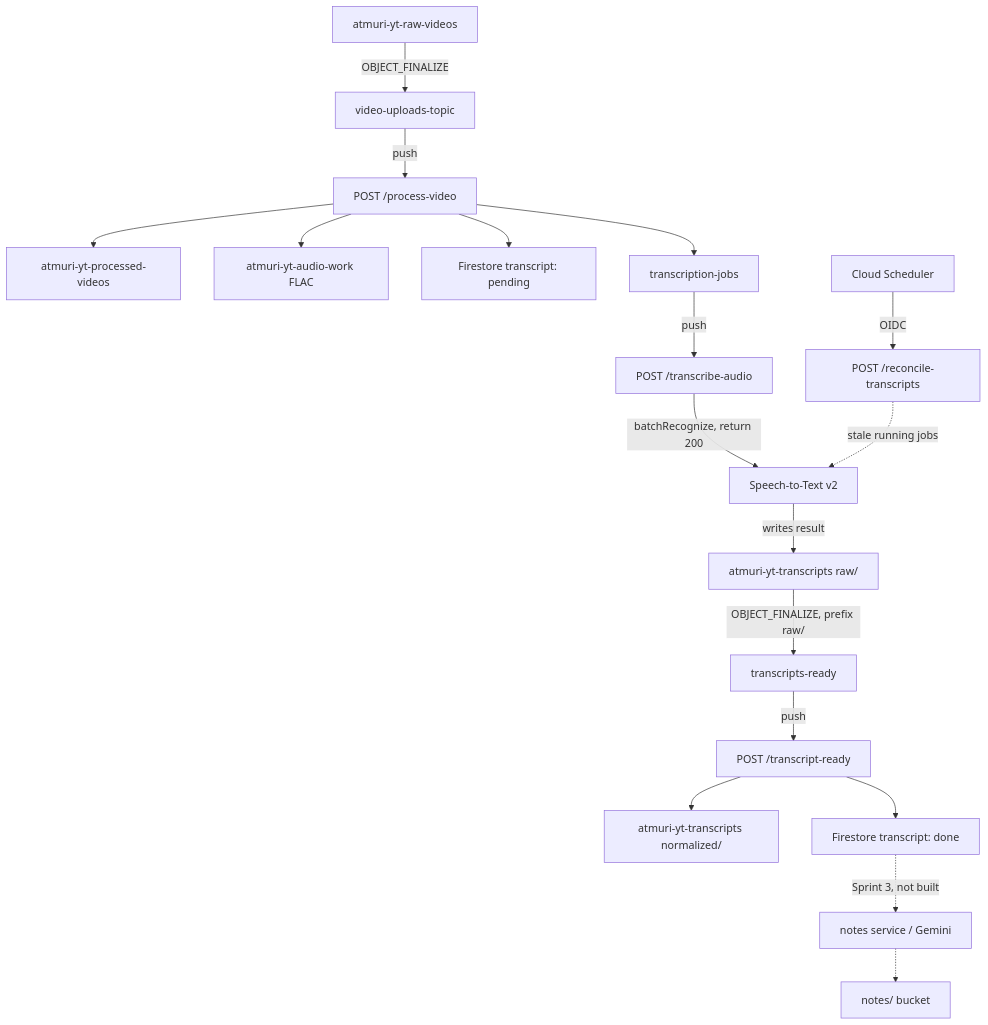
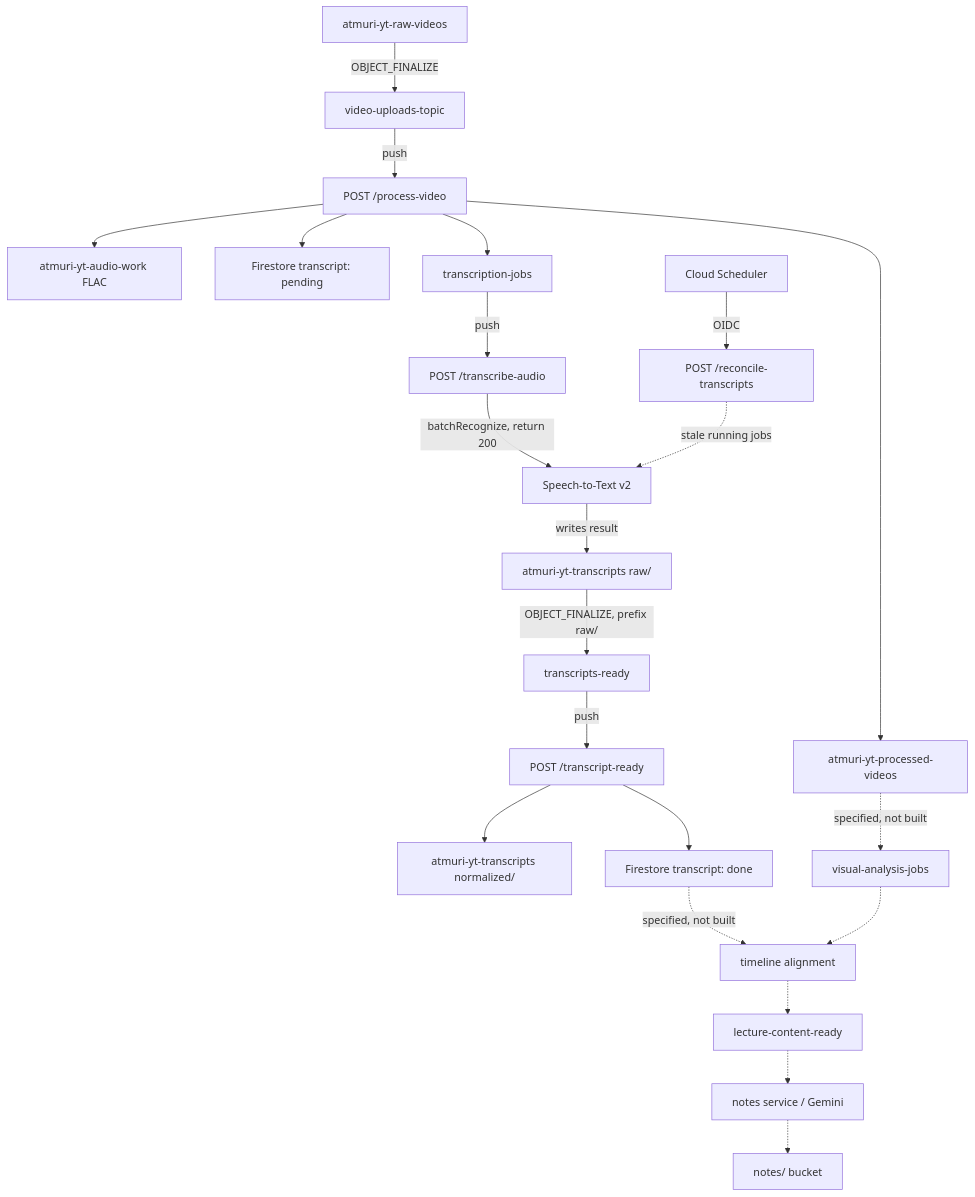
The second of 3 diagrams in README.md (suryaatm21/cloudscribe-ai), drawn with Mermaid before and after one commit. The commit also changed other lines of this file and 6 other files, not shown here.

First line of the commit message:
docs: adopt time-aligned multimodal lecture-content model

````diff
--- a/README.md
+++ b/README.md
@@ -43,20 +45,24 @@
 ```mermaid
 flowchart TD
   RawBucket["atmuri-yt-raw-videos"] -->|OBJECT_FINALIZE| UploadTopic[video-uploads-topic]
   UploadTopic -->|push| ProcessVideo["POST /process-video"]
   ProcessVideo --> ProcessedBucket["atmuri-yt-processed-videos"]
   ProcessVideo --> AudioBucket["atmuri-yt-audio-work FLAC"]
   ProcessVideo --> ClaimDoc["Firestore transcript: pending"]
   ProcessVideo --> JobsTopic[transcription-jobs]
   JobsTopic -->|push| TranscribeAudio["POST /transcribe-audio"]
   TranscribeAudio -->|"batchRecognize, return 200"| SpeechV2["Speech-to-Text v2"]
   SpeechV2 -->|writes result| RawPrefix["atmuri-yt-transcripts raw/"]
   RawPrefix -->|"OBJECT_FINALIZE, prefix raw/"| ReadyTopic[transcripts-ready]
   ReadyTopic -->|push| TranscriptReady["POST /transcript-ready"]
   TranscriptReady --> NormPrefix["atmuri-yt-transcripts normalized/"]
   TranscriptReady --> DoneDoc["Firestore transcript: done"]
   Scheduler[Cloud Scheduler] -->|OIDC| Reconcile["POST /reconcile-transcripts"]
   Reconcile -.->|stale running jobs| SpeechV2
-  DoneDoc -.->|Sprint 3, not built| NotesSvc["notes service / Gemini"]
+  DoneDoc -.->|specified, not built| Assembler["timeline alignment"]
+  ProcessedBucket -.->|specified, not built| VisualJobs[visual-analysis-jobs]
+  VisualJobs -.-> Assembler
+  Assembler -.-> ReadyEvent["lecture-content-ready"]
+  ReadyEvent -.-> NotesSvc["notes service / Gemini"]
   NotesSvc -.-> NotesBucket["notes/ bucket"]
 ```
````
